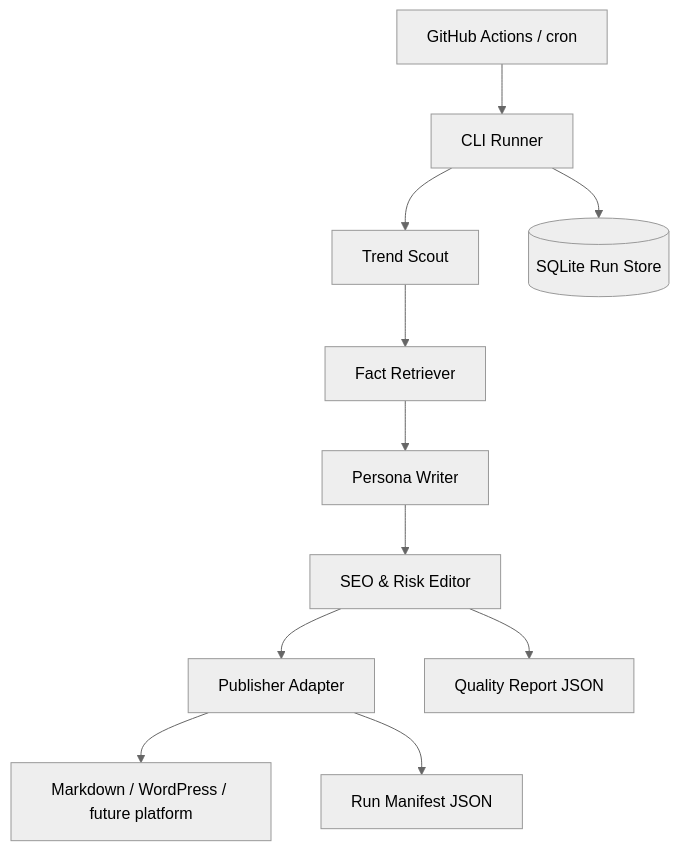
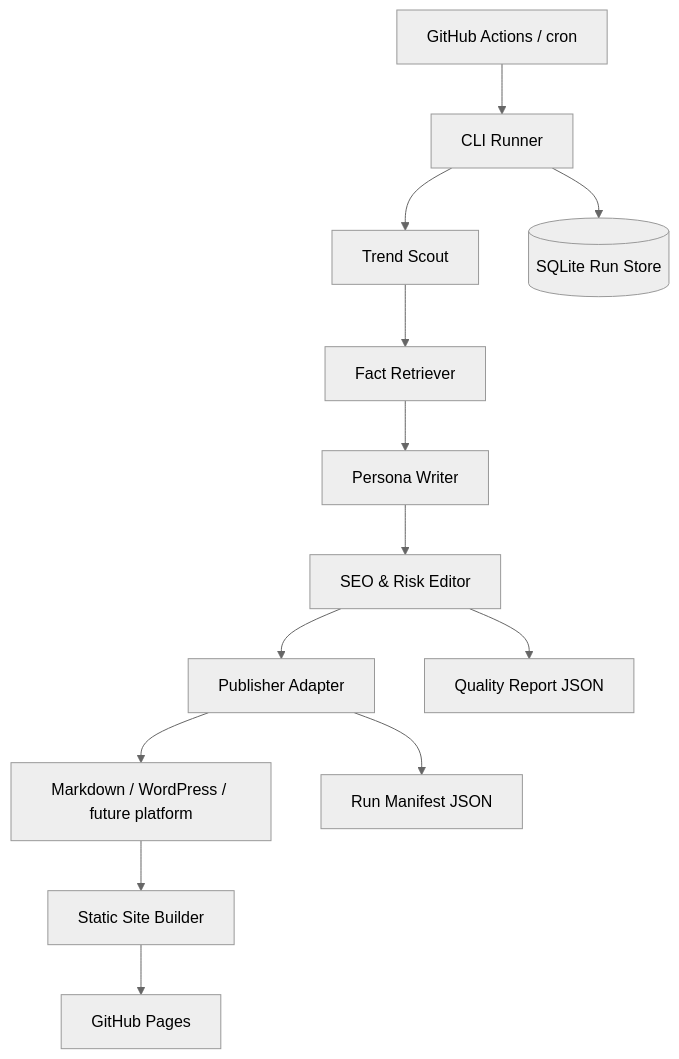
The diagram in docs/architecture.md (icanjt7/blog), drawn with Mermaid (neutral theme) before and after one commit. The commit also changed other lines of this file and 9 other files, not shown here.

Commit message:
feat: publish generated blog with github pages

````diff
--- a/docs/architecture.md
+++ b/docs/architecture.md
@@ -3,14 +3,16 @@
 ```mermaid
 graph TD
     Scheduler[GitHub Actions / cron] --> CLI[CLI Runner]
     CLI --> Scout[Trend Scout]
     Scout --> Retriever[Fact Retriever]
     Retriever --> Writer[Persona Writer]
     Writer --> Editor[SEO & Risk Editor]
     Editor --> Publisher[Publisher Adapter]
     Publisher --> Blog[Markdown / WordPress / future platform]
+    Blog --> SiteBuilder[Static Site Builder]
+    SiteBuilder --> Pages[GitHub Pages]
 
     CLI --> Store[(SQLite Run Store)]
     Editor --> Report[Quality Report JSON]
     Publisher --> Manifest[Run Manifest JSON]
 ```
````
